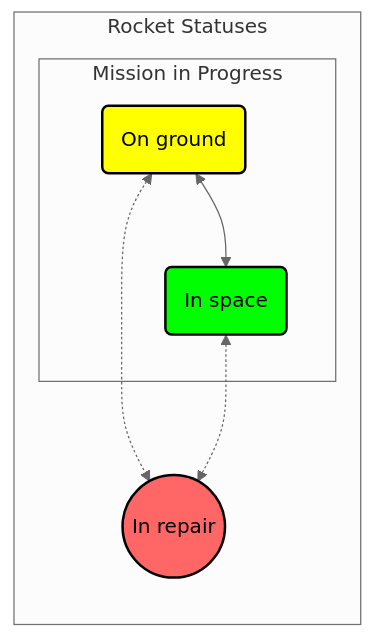
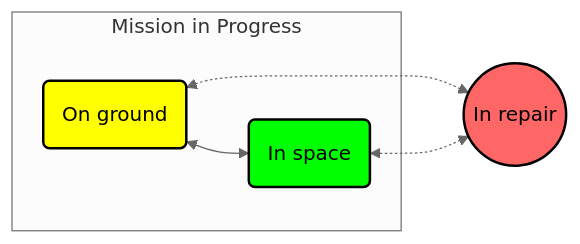
Before and after one commit to Ee-Cs/RecruitmentTaskS2: the third of 3 diagrams in docs/README.md, drawn with Mermaid (neutral theme). The commit also changed other lines of this file and 1 other file, not shown here.

````diff
--- a/docs/README.md
+++ b/docs/README.md
@@ -94,20 +51,18 @@
 ```mermaid
 flowchart LR
 %% 
 GND(On ground):::yellowBox
 SPC(In space):::greenBox
 REP((In repair)):::redBox
 
-subgraph "Rocket Statuses"
-  subgraph "Mission in Progress"
-    GND <--> SPC
-  end
-  GND <.-> REP
-  SPC <.-> REP
+subgraph "Mission in Progress"
+  GND <--> SPC
 end
+GND <.-> REP
+SPC <.-> REP
 
 %% Style Definitions
   classDef redBox fill: #ff6666, stroke: #000, stroke-width: 2px
   classDef greenBox fill: #00ff00, stroke: #000, stroke-width: 2px
   classDef yellowBox fill: #ffff00, stroke: #000, stroke-width: 2px
 ```
````
